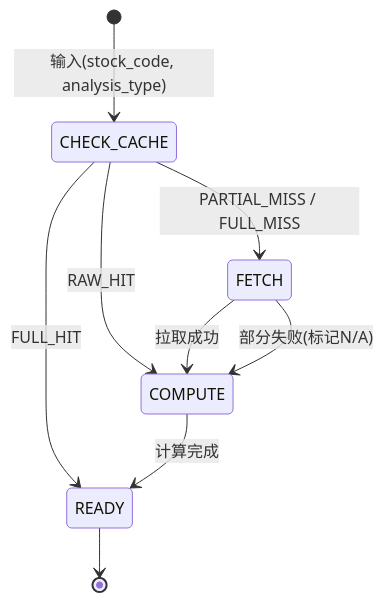
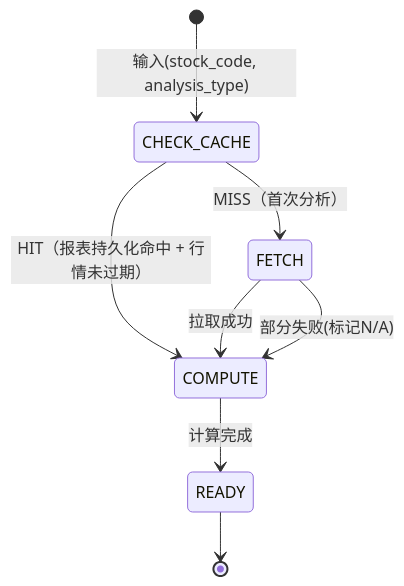
The second of 2 diagrams in docs/architecture.md (closure-guo/finance_analysis_agent), drawn with Mermaid before and after one commit. The commit also changed other lines of this file and 6 other files, not shown here.

First line of the commit message:
docs: unify persistence strategy across all docs (HIT/MISS)

````diff
--- a/docs/architecture.md
+++ b/docs/architecture.md
@@ -120,13 +136,12 @@
 ```mermaid
 stateDiagram-v2
     [*] --> CHECK_CACHE: 输入(stock_code, analysis_type)
 
-    CHECK_CACHE --> READY: FULL_HIT
-    CHECK_CACHE --> COMPUTE: RAW_HIT
-    CHECK_CACHE --> FETCH: PARTIAL_MISS / FULL_MISS
+    CHECK_CACHE --> COMPUTE: HIT（报表持久化命中 + 行情未过期）
+    CHECK_CACHE --> FETCH: MISS（首次分析）
 
     FETCH --> COMPUTE: 拉取成功
     FETCH --> COMPUTE: 部分失败(标记N/A)
     COMPUTE --> READY: 计算完成
     READY --> [*]
 ```
````
